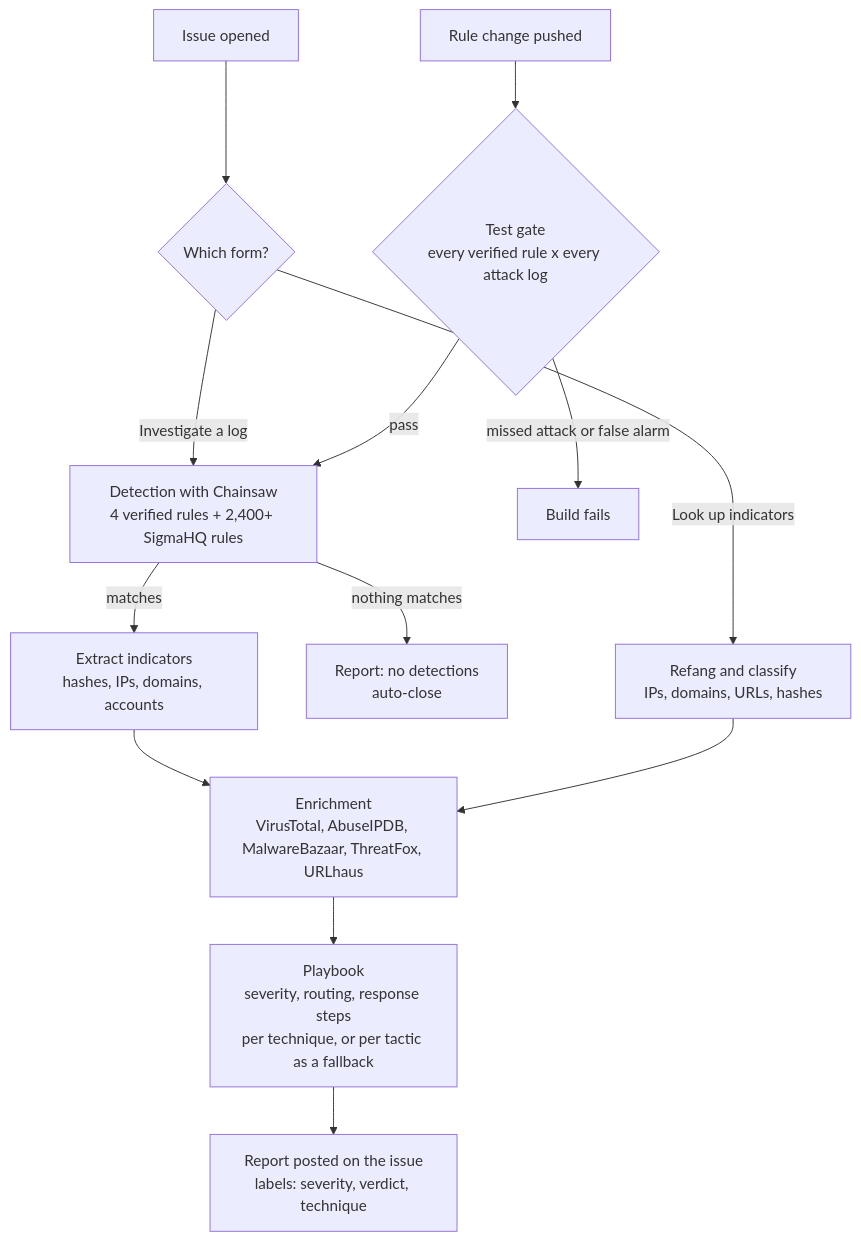
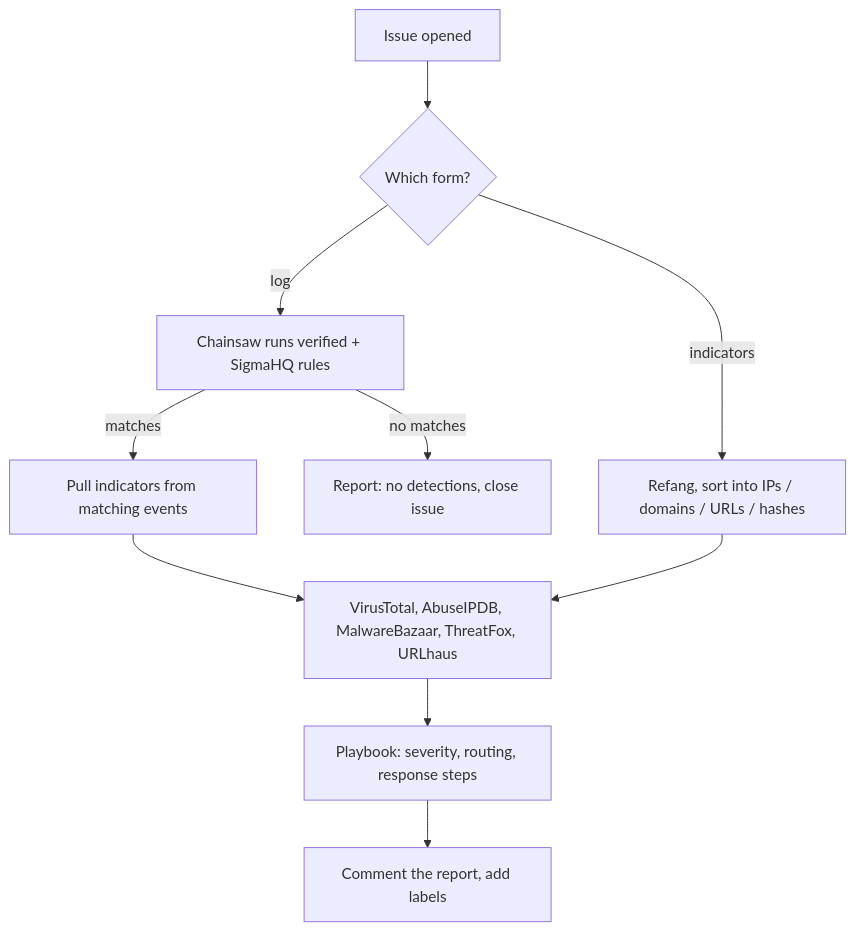
The diagram in README.md (w3bcooki3/detection-as-code), drawn with Mermaid before and after one commit. The commit also changed other lines of this file, not shown here.

````diff
--- a/README.md
+++ b/README.md
@@ -66,15 +52,12 @@
 ```mermaid
 flowchart TD
   A["Issue opened"] --> M{"Which form?"}
-  M -- "Investigate a log" --> B["Detection with Chainsaw<br/>4 verified rules + 2,400+ SigmaHQ rules"]
-  M -- "Look up indicators" --> P["Refang and classify<br/>IPs, domains, URLs, hashes"]
-  B -- "nothing matches" --> Z["Report: no detections<br/>auto-close"]
-  B -- "matches" --> C["Extract indicators<br/>hashes, IPs, domains, accounts"]
-  C --> D["Enrichment<br/>VirusTotal, AbuseIPDB, MalwareBazaar, ThreatFox, URLhaus"]
+  M -- "log" --> B["Chainsaw runs verified + SigmaHQ rules"]
+  M -- "indicators" --> P["Refang, sort into IPs / domains / URLs / hashes"]
+  B -- "no matches" --> Z["Report: no detections, close issue"]
+  B -- "matches" --> C["Pull indicators from matching events"]
+  C --> D["VirusTotal, AbuseIPDB, MalwareBazaar, ThreatFox, URLhaus"]
   P --> D
-  D --> E["Playbook<br/>severity, routing, response steps<br/>per technique, or per tactic as a fallback"]
-  E --> F["Report posted on the issue<br/>labels: severity, verdict, technique"]
-  R["Rule change pushed"] --> T{"Test gate<br/>every verified rule x every attack log"}
-  T -- "missed attack or false alarm" --> X["Build fails"]
-  T -- "pass" --> B
+  D --> E["Playbook: severity, routing, response steps"]
+  E --> F["Comment the report, add labels"]
 ```
````
